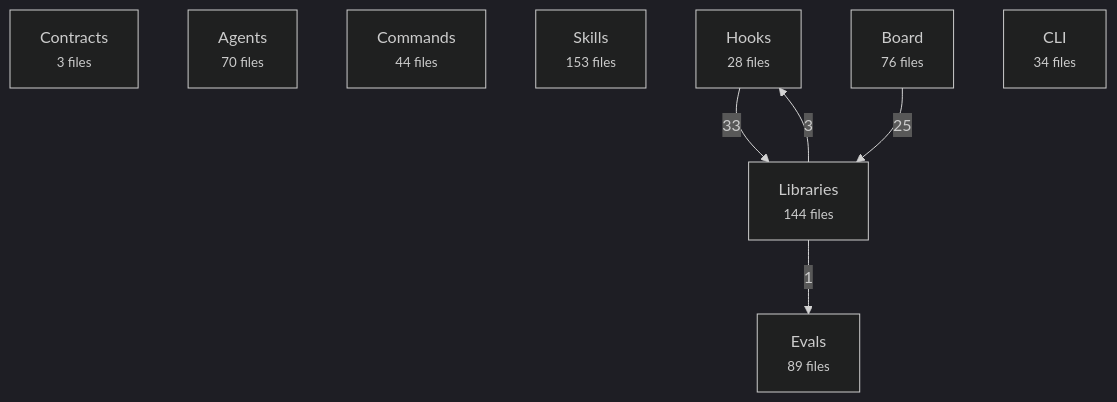
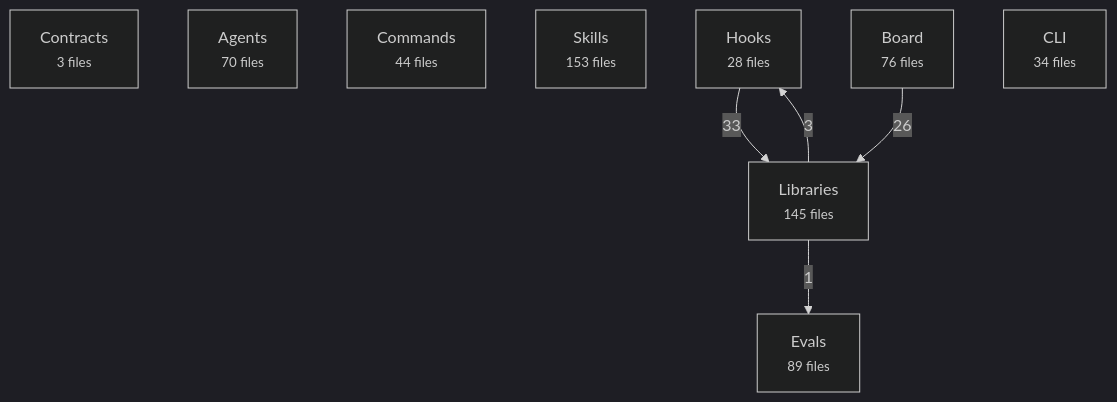
Before and after one commit to avelikiy/great_cto: the first of 2 diagrams in docs/reference/architecture-map.md, drawn with Mermaid (dark theme). The commit also changed other lines of this file and 9 other files, not shown here.

````diff
--- a/docs/reference/architecture-map.md
+++ b/docs/reference/architecture-map.md
@@ -20,16 +20,16 @@
 ```mermaid
 flowchart TD
   contracts["Contracts<br/><small>3 files</small>"]
   agents["Agents<br/><small>70 files</small>"]
   commands["Commands<br/><small>44 files</small>"]
   skills["Skills<br/><small>153 files</small>"]
   hooks["Hooks<br/><small>28 files</small>"]
-  libs["Libraries<br/><small>144 files</small>"]
+  libs["Libraries<br/><small>145 files</small>"]
   board["Board<br/><small>76 files</small>"]
   cli["CLI<br/><small>34 files</small>"]
   evals["Evals<br/><small>89 files</small>"]
   hooks -->|33| libs
-  board -->|25| libs
+  board -->|26| libs
   libs -->|3| hooks
   libs -->|1| evals
 ```
````
